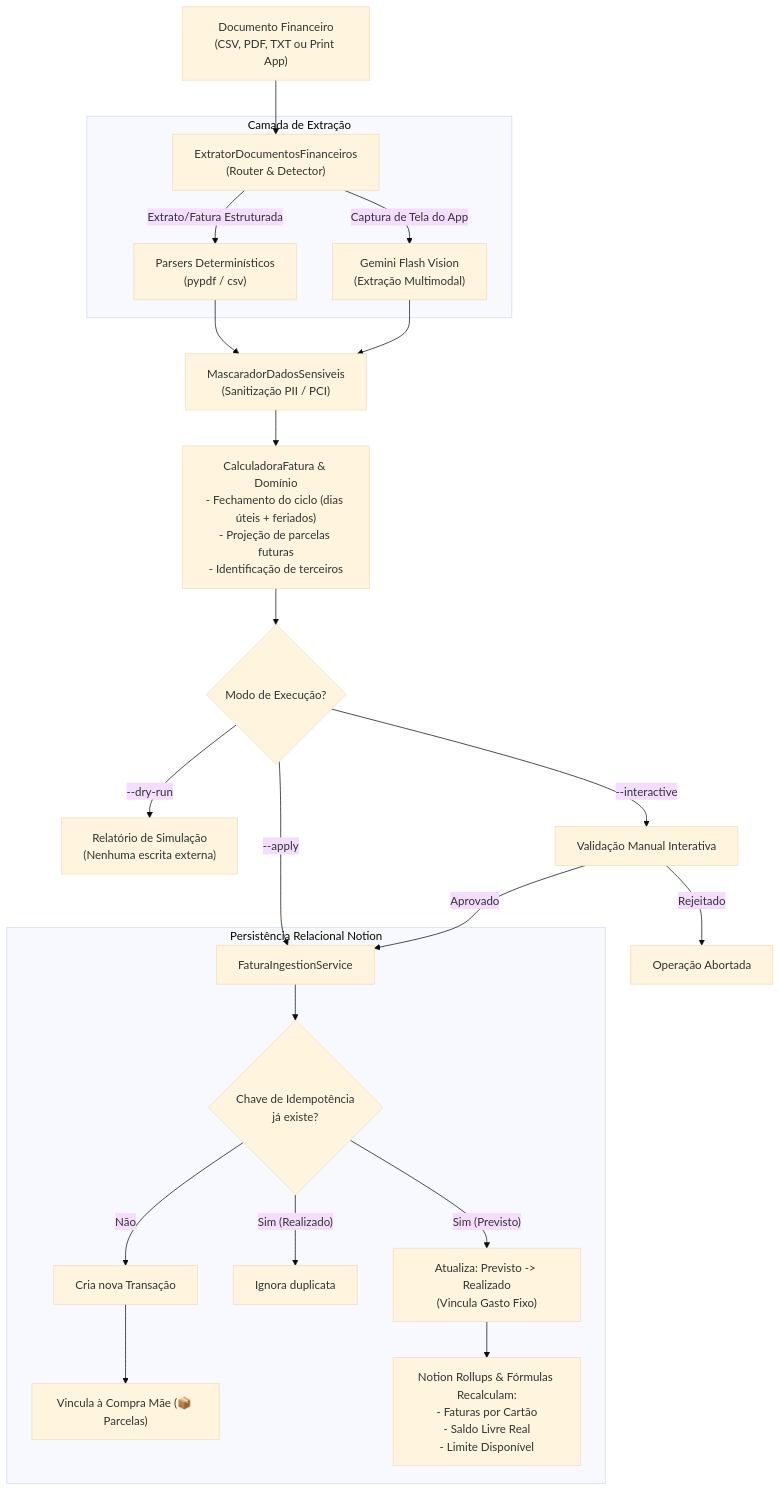
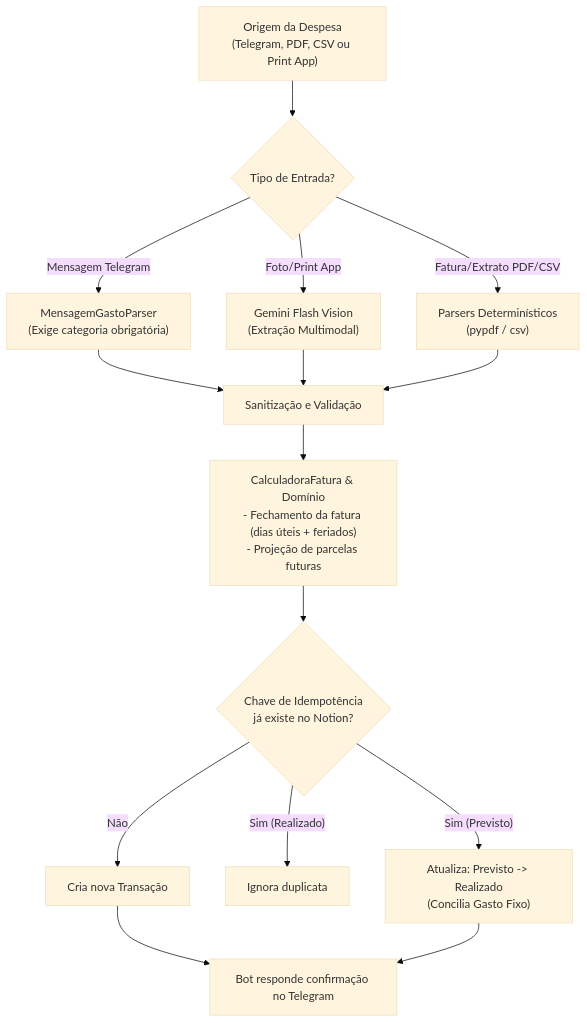
One commit to eloisemf/controle-financeiro-notion changed the first of 2 diagrams in README.md. Above: the diagram before and after it, drawn with Mermaid (base theme). The commit also changed other lines of this file and 9 other files, not shown here.

````diff
--- a/README.md
+++ b/README.md
@@ -80,33 +152,23 @@
 ```mermaid
 flowchart TD
-    Doc["Documento Financeiro<br/>(CSV, PDF, TXT ou Print App)"] --> Router["ExtratorDocumentosFinanceiros<br/>(Router & Detector)"]
+    Origem["Origem da Despesa<br/>(Telegram, PDF, CSV ou Print App)"] --> Router{"Tipo de Entrada?"}
+
+    Router -->|Mensagem Telegram| TelParser["MensagemGastoParser<br/>(Exige categoria obrigatória)"]
+    Router -->|Foto/Print App| VisionParser["Gemini Flash Vision<br/>(Extração Multimodal)"]
+    Router -->|Fatura/Extrato PDF/CSV| DetParser["Parsers Determinísticos<br/>(pypdf / csv)"]
+
+    TelParser --> Sanitizer["Sanitização e Validação"]
+    VisionParser --> Sanitizer
+    DetParser --> Sanitizer
+
+    Sanitizer --> DomainCalc["CalculadoraFatura & Domínio<br/>- Fechamento da fatura (dias úteis + feriados)<br/>- Projeção de parcelas futuras"]
+
+    DomainCalc --> NotionPersist{"Chave de Idempotência<br/>já existe no Notion?"}
     
-    subgraph Parsing ["Camada de Extração"]
-        Router -->|Extrato/Fatura Estruturada| DetParser["Parsers Determinísticos<br/>(pypdf / csv)"]
-        Router -->|Captura de Tela do App| VisionParser["Gemini Flash Vision<br/>(Extração Multimodal)"]
-    end
+    NotionPersist -- "Sim (Previsto)" --> Reconcile["Atualiza: Previsto -> Realizado<br/>(Concilia Gasto Fixo)"]
+    NotionPersist -- "Sim (Realizado)" --> Skip["Ignora duplicata"]
+    NotionPersist -- "Não" --> Insert["Cria nova Transação"]
 
-    DetParser --> Sanitizer["MascaradorDadosSensiveis<br/>(Sanitização PII / PCI)"]
-    VisionParser --> Sanitizer
-
-    Sanitizer --> DomainCalc["CalculadoraFatura & Domínio<br/>- Fechamento do ciclo (dias úteis + feriados)<br/>- Projeção de parcelas futuras<br/>- Identificação de terceiros"]
-
-    DomainCalc --> CheckExecution{"Modo de Execução?"}
-
-    CheckExecution -->|--dry-run| DryRunLog["Relatório de Simulação<br/>(Nenhuma escrita externa)"]
-    CheckExecution -->|--interactive| PromptApproval["Validação Manual Interativa"]
-    CheckExecution -->|--apply| IngestionService["FaturaIngestionService"]
-
-    PromptApproval -- Aprovado --> IngestionService
-    PromptApproval -- Rejeitado --> Abort["Operação Abortada"]
-
-    subgraph NotionAPI ["Persistência Relacional Notion"]
-        IngestionService --> Deduplication{"Chave de Idempotência<br/>já existe?"}
-        Deduplication -- "Sim (Previsto)" --> Reconcile["Atualiza: Previsto -> Realizado<br/>(Vincula Gasto Fixo)"]
-        Deduplication -- "Sim (Realizado)" --> Skip["Ignora duplicata"]
-        Deduplication -- "Não" --> Insert["Cria nova Transação"]
-        
-        Insert --> LinkParcelas["Vincula à Compra Mãe (📦 Parcelas)"]
-        Reconcile --> Rollups["Notion Rollups & Fórmulas Recalculam:<br/>- Faturas por Cartão<br/>- Saldo Livre Real<br/>- Limite Disponível"]
-    end
+    Insert --> ConfirmTelegram["Bot responde confirmação no Telegram"]
+    Reconcile --> ConfirmTelegram
 ```
````
